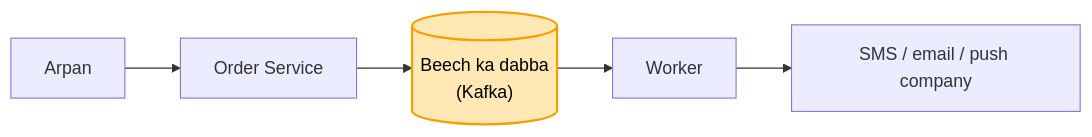
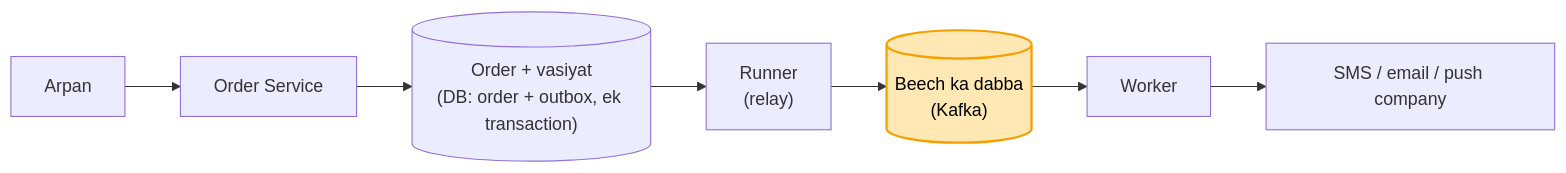
Before and after one commit to ArpanMaheshwari144/Prep: the first of 7 diagrams in 04_HLD/SYSTEM_DESIGNS/04_notification_system/04_notification_system.md, drawn with Mermaid. The commit also changed 5 other files, not shown here.

Commit message:
HLD milaan: Docs vaada kadam 5 se mila, Chat purani '979 ke baad' line hati; diagram: Notification + File upload me vasiyat (outbox) + relay, Cache me 1 kaato 2 likho, URL 302 + no-store

````diff
--- a/04_HLD/SYSTEM_DESIGNS/04_notification_system/04_notification_system.md
+++ b/04_HLD/SYSTEM_DESIGNS/04_notification_system/04_notification_system.md
@@ -39,8 +39,10 @@
 ```mermaid
 flowchart LR
     U["Arpan"] --> O["Order Service"]
-    O --> K[("Beech ka dabba<br/>(Kafka)")]
+    O --> DB[("Order + vasiyat<br/>(DB: order + outbox, ek transaction)")]
+    DB --> R["Runner<br/>(relay)"]
+    R --> K[("Beech ka dabba<br/>(Kafka)")]
     K --> W["Worker"]
     W --> C["SMS / email / push company"]
     style K fill:#ffe8b3,stroke:#f59f00,stroke-width:2px,color:#000
 ```
````
